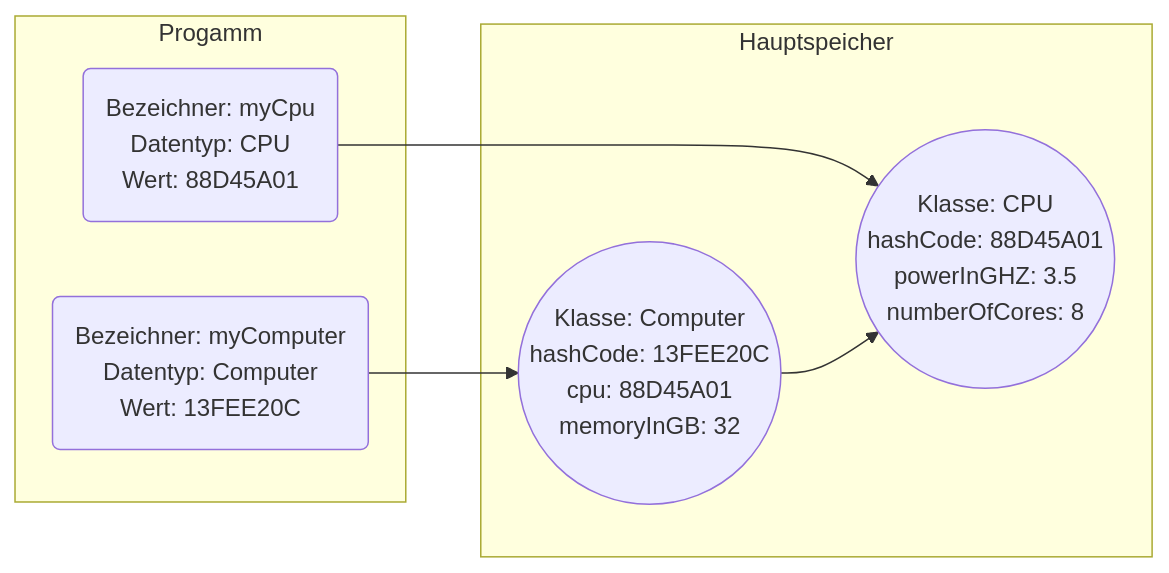
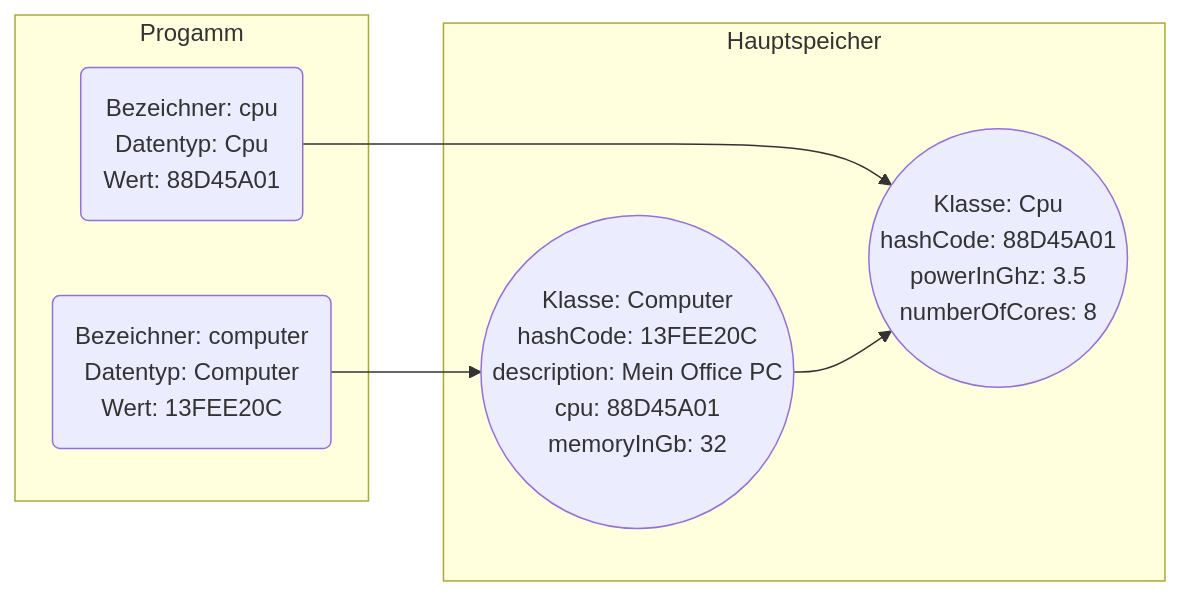
One commit to jappuccini/java-docs changed the diagram in docs/documentation/references-and-objects.mdx. Above: the diagram before and after it, drawn with Mermaid. The commit also changed other lines of this file and 64 other files, not shown here.

````diff
--- a/docs/documentation/references-and-objects.mdx
+++ b/docs/documentation/references-and-objects.mdx
@@ -20,27 +20,28 @@
 ```mermaid
 flowchart LR
     subgraph Progamm
-    computer(Bezeichner: myComputer
+    computer(Bezeichner: computer
              Datentyp: Computer
              Wert: 13FEE20C)
-    cpu(Bezeichner: myCpu
-        Datentyp: CPU
+    cpu(Bezeichner: cpu
+        Datentyp: Cpu
         Wert: 88D45A01)
 
     end
 
     subgraph Hauptspeicher
     o1((Klasse: Computer
        hashCode: 13FEE20C
+       description: Mein Office PC
        cpu: 88D45A01
-       memoryInGB: 32))
-    o2((Klasse: CPU
+       memoryInGb: 32))
+    o2((Klasse: Cpu
        hashCode: 88D45A01
-       powerInGHZ: 3.5
+       powerInGhz: 3.5
        numberOfCores: 8))
     end
 
     computer --> o1
     cpu --> o2
     o1 --> o2
 ```
````
